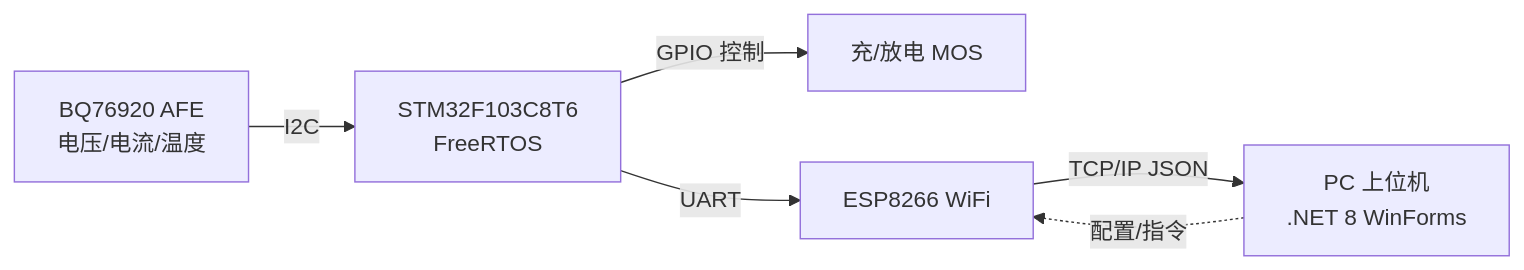
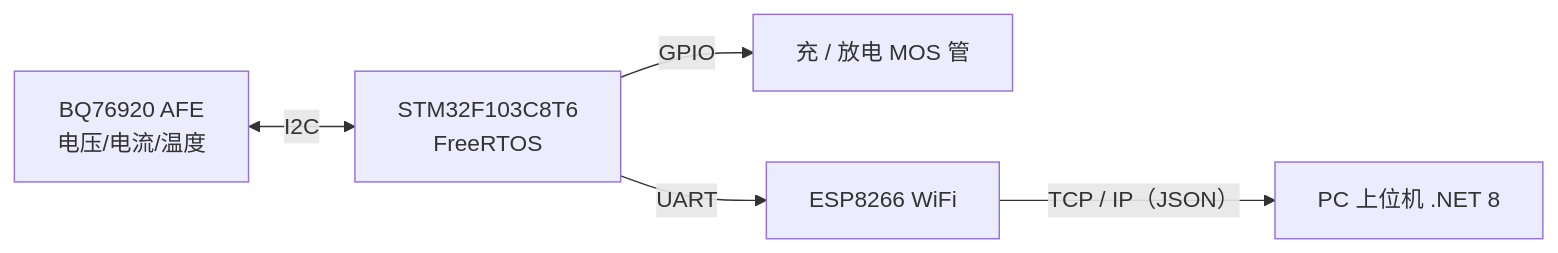
Before and after one commit to QingFeng616/QingFeng616.github.io: the first of 2 diagrams in docs/projects/BMS项目博客.md, drawn with Mermaid. The commit also changed other lines of this file and 5 other files, not shown here.

````diff
--- a/docs/projects/BMS项目博客.md
+++ b/docs/projects/BMS项目博客.md
@@ -24,8 +13,7 @@
 ```mermaid
 flowchart LR
-    BQ[BQ76920 AFE<br/>电压/电流/温度] -- I2C --> MCU[STM32F103C8T6<br/>FreeRTOS]
-    MCU -- GPIO 控制 --> FET[充/放电 MOS]
-    MCU -- UART --> ESP[ESP8266 WiFi]
-    ESP -- TCP/IP JSON --> PC[PC 上位机<br/>.NET 8 WinForms]
-    PC -. 配置/指令 .-> ESP
+    A[BQ76920 AFE<br/>电压/电流/温度] <-->|I2C| B[STM32F103C8T6<br/>FreeRTOS]
+    B -->|GPIO| C[充 / 放电 MOS 管]
+    B -->|UART| D[ESP8266 WiFi]
+    D -->|TCP / IP（JSON）| E[PC 上位机 .NET 8]
 ```
````
